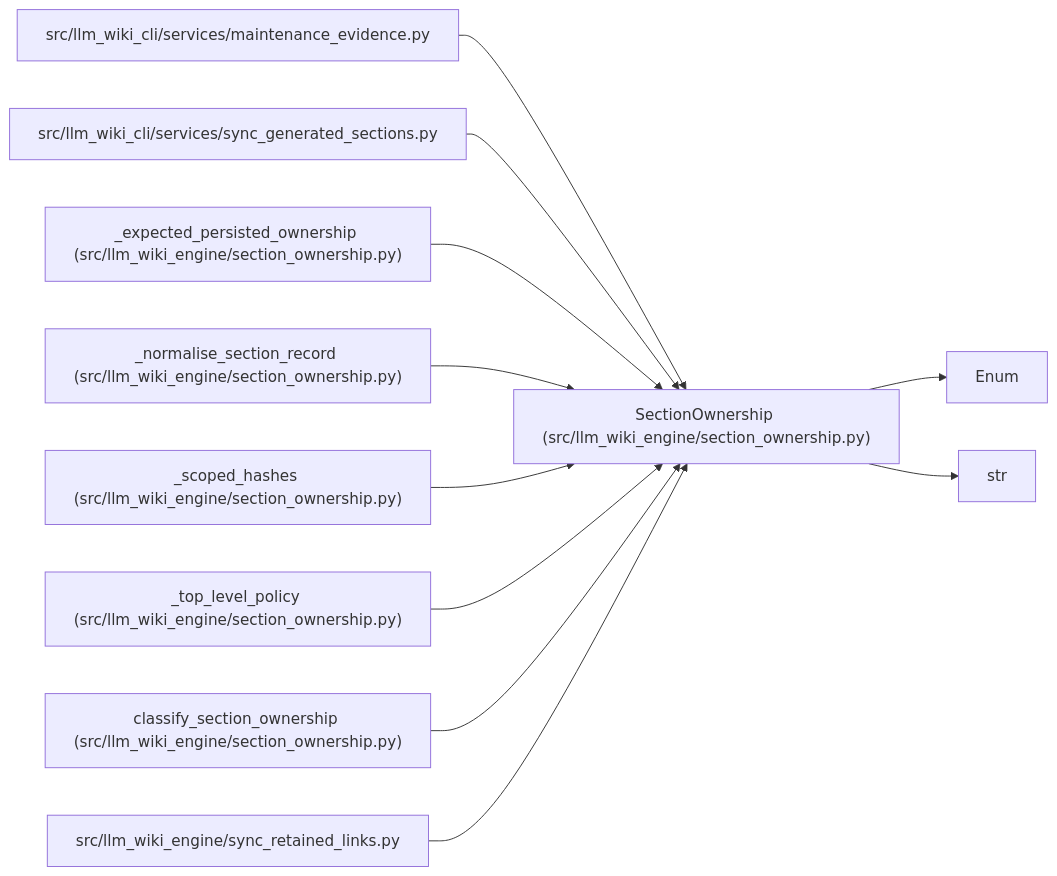
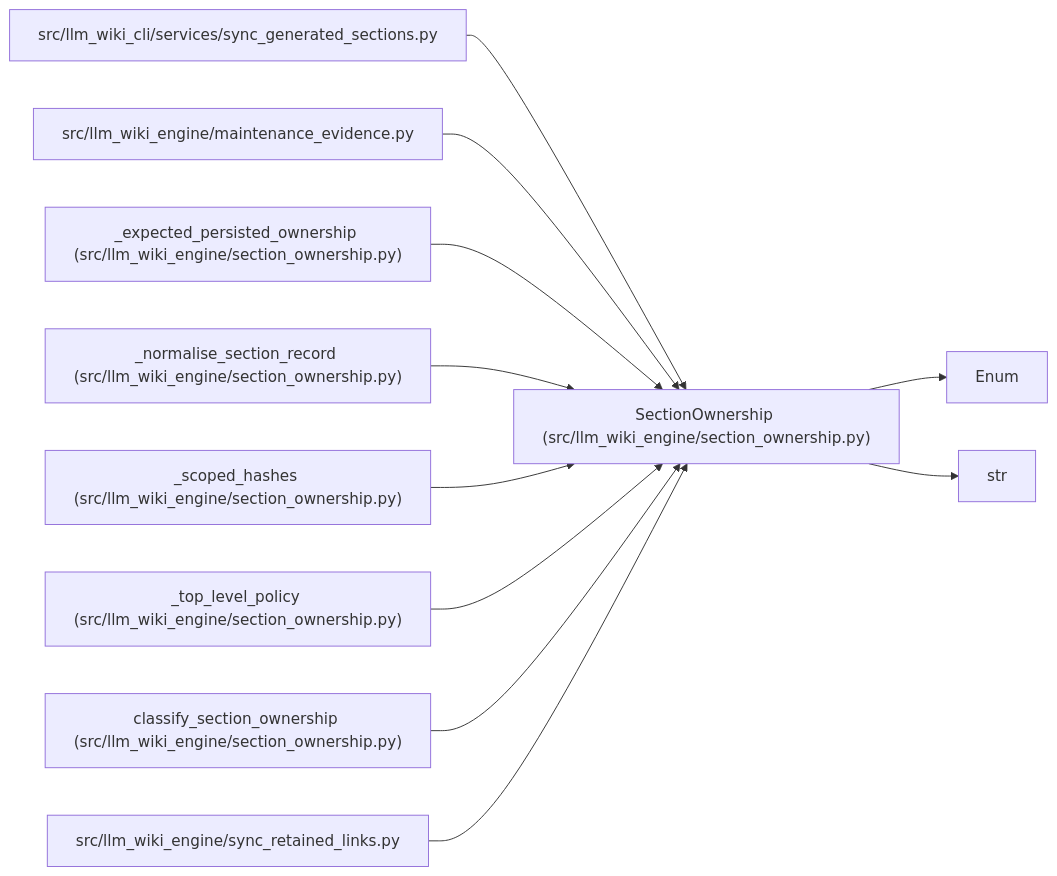
One commit to Denissvgn/python-wiki-llm changed the diagram in docs/llm_wiki/entities/SectionOwnership.md. Above: the diagram before and after it, drawn with Mermaid. The commit also changed 1058 other files, not shown here.

````diff
--- a/docs/llm_wiki/entities/SectionOwnership.md
+++ b/docs/llm_wiki/entities/SectionOwnership.md
@@ -28,33 +28,33 @@
 ```mermaid
 flowchart LR
     n0["SectionOwnership (src/llm_wiki_engine/section_ownership.py)"]
     n1["Enum"]
     n2["str"]
-    n3["src/llm_wiki_cli/services/maintenance_evidence.py"]
-    n4["src/llm_wiki_cli/services/sync_generated_sections.py"]
+    n3["src/llm_wiki_cli/services/sync_generated_sections.py"]
+    n4["src/llm_wiki_engine/maintenance_evidence.py"]
     n5["_expected_persisted_ownership (src/llm_wiki_engine/section_ownership.py)"]
     n6["_normalise_section_record (src/llm_wiki_engine/section_ownership.py)"]
     n7["_scoped_hashes (src/llm_wiki_engine/section_ownership.py)"]
     n8["_top_level_policy (src/llm_wiki_engine/section_ownership.py)"]
     n9["classify_section_ownership (src/llm_wiki_engine/section_ownership.py)"]
     n10["src/llm_wiki_engine/sync_retained_links.py"]
     n0 --> n1
     n0 --> n2
     n3 --> n0
     n4 --> n0
     n5 --> n0
     n6 --> n0
     n7 --> n0
     n8 --> n0
     n9 --> n0
     n10 --> n0
     click n0 "../modules/section_ownership.md"
-    click n3 "../modules/maintenance_evidence.md"
-    click n4 "../modules/sync_generated_sections.md"
+    click n3 "../modules/sync_generated_sections.md"
+    click n4 "../modules/maintenance_evidence.md"
     click n5 "../modules/section_ownership.md"
     click n6 "../modules/section_ownership.md"
     click n7 "../modules/section_ownership.md"
     click n8 "../modules/section_ownership.md"
     click n9 "../modules/section_ownership.md"
     click n10 "../modules/sync_retained_links.md"
 ```
````
